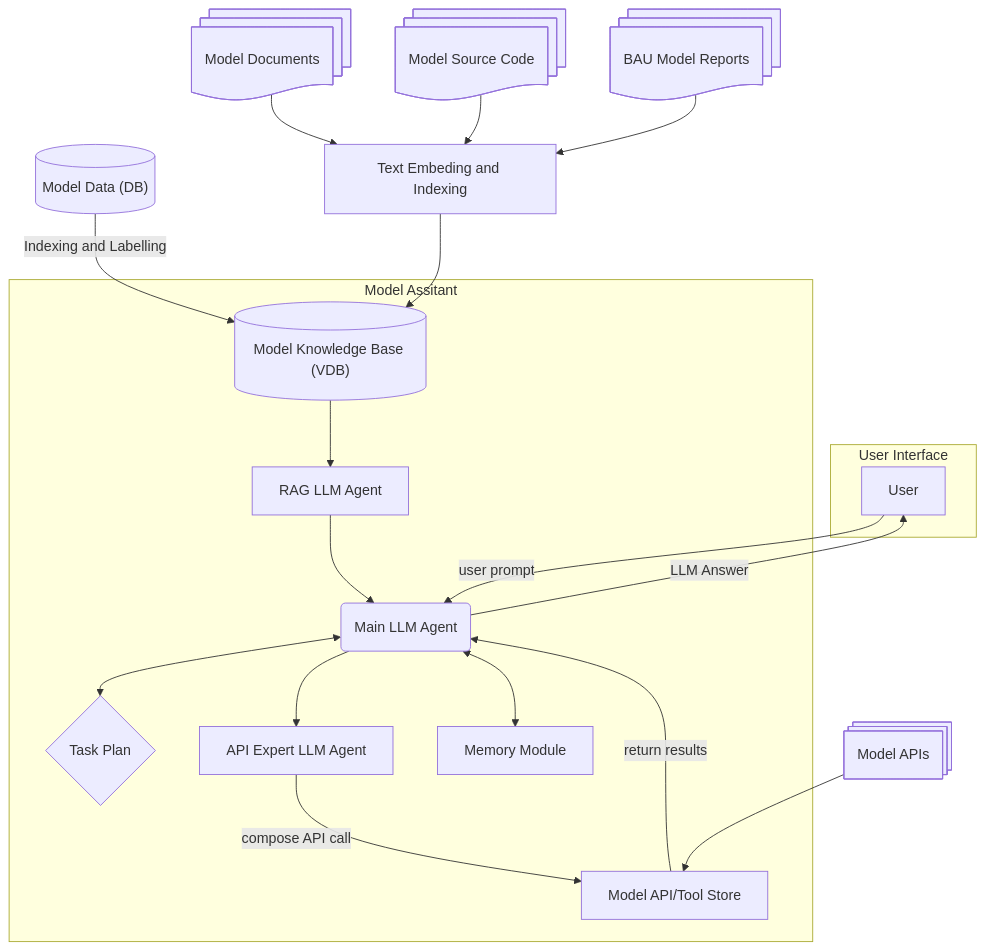
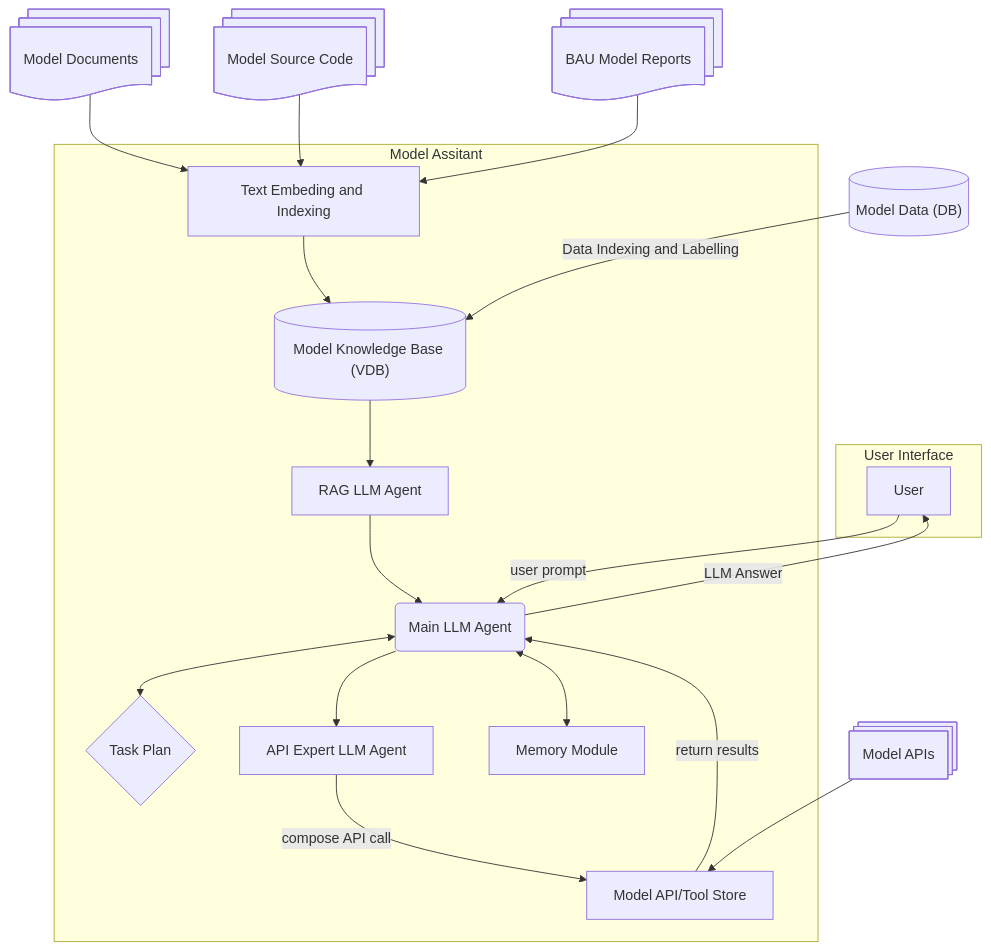
Before and after one commit to NeOFlow2024/ModelAssistant: the diagram in README.md, drawn with Mermaid.

Commit message:
Update README.md
Minor update

````diff
--- a/README.md
+++ b/README.md
@@ -2,31 +2,32 @@
 ```mermaid
 flowchart TD
 
     subgraph User Interface
         A[User] 
     end
 
     
     subgraph Model Assitant
         A -->|user prompt| B(Main LLM Agent)
         B -->|LLM Answer| A
 
 
         B <--> C{Task Plan}
 
         B --> I[API Expert LLM Agent] --> |compose API call| D[Model API/Tool Store] --> |return results| B
         
         E@{shape: cyl, label: "Model Knowledge Base (VDB)"} -->H[RAG LLM Agent]  --> B
         
         B <-->G[Memory Module]
-
+        L[Text Embeding and Indexing] --> E
 
     end
-    F@{shape: cyl, label: "Model Data (DB)"} --> |Indexing and Labelling| E
+    F@{shape: cyl, label: "Model Data (DB)"} --> |Data Indexing and Labelling| E
 
     N@{ shape: procs, label: "Model APIs"} --> D
 
-    J@{ shape: docs, label: "Model Documents" } --> L[Text Embeding and Indexing] --> E
+    J@{ shape: docs, label: "Model Documents" } --> L
     K@{ shape: docs, label: "Model Source Code" } --> L
-    M@{ shape: docs, label: "BAU Model Reports" } --> L    
+    M@{ shape: docs, label: "BAU Model Reports" } --> L
+    
 ```
````
